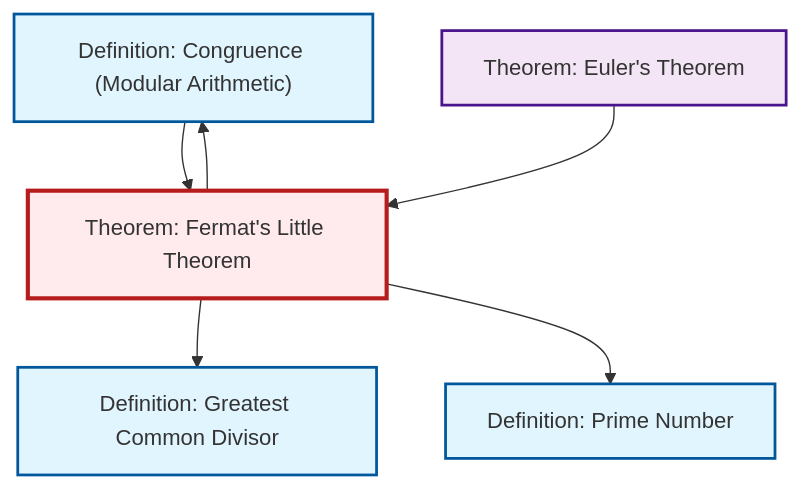
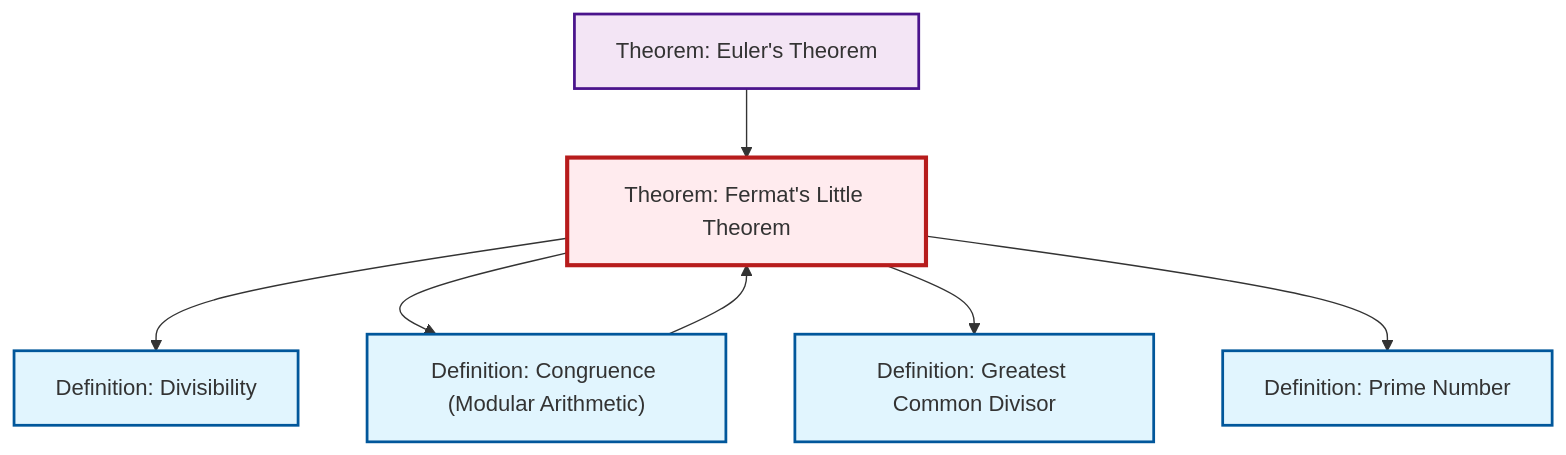
Before and after one commit to RK0429/ModernMath: the diagram in content/ja/number-theory/thm-fermat-little.qmd, drawn with Mermaid. The commit also changed 531 other files, not shown here.

````diff
--- a/content/ja/number-theory/thm-fermat-little.qmd
+++ b/content/ja/number-theory/thm-fermat-little.qmd
@@ -90,24 +90,27 @@
 ```{mermaid}
 %%| fig-cap: "Local dependency graph"
 graph TD
     classDef definition fill:#e1f5fe,stroke:#01579b,stroke-width:2px
     classDef theorem fill:#f3e5f5,stroke:#4a148c,stroke-width:2px
     classDef axiom fill:#fff3e0,stroke:#e65100,stroke-width:2px
     classDef example fill:#e8f5e9,stroke:#1b5e20,stroke-width:2px
     classDef current fill:#ffebee,stroke:#b71c1c,stroke-width:3px
-    def-prime["Definition: Prime Number"]:::definition
-    def-gcd["Definition: Greatest Common Divisor"]:::definition
-    def-congruence["Definition: Congruence (Modular Arithmetic)"]:::definition
+    def-divisibility["Definition: Divisibility"]:::definition
     thm-euler["Theorem: Euler's Theorem"]:::theorem
     thm-fermat-little["Theorem: Fermat's Little Theorem"]:::theorem
+    def-congruence["Definition: Congruence (Modular Arithmetic)"]:::definition
+    def-gcd["Definition: Greatest Common Divisor"]:::definition
+    def-prime["Definition: Prime Number"]:::definition
+    thm-fermat-little --> def-divisibility
+    thm-euler --> thm-fermat-little
     def-congruence --> thm-fermat-little
+    thm-fermat-little --> def-congruence
     thm-fermat-little --> def-gcd
     thm-fermat-little --> def-prime
-    thm-fermat-little --> def-congruence
-    thm-euler --> thm-fermat-little
     class thm-fermat-little current
+    click def-divisibility "def-divisibility.html" "Definition: Divisibilityへ"
+    click thm-euler "thm-euler.html" "Theorem: Euler's Theoremへ"
+    click def-congruence "def-congruence.html" "Definition: Congruence (Modular Arithmetic)へ"
+    click def-gcd "def-gcd.html" "Definition: Greatest Common Divisorへ"
     click def-prime "def-prime.html" "Definition: Prime Numberへ"
-    click def-gcd "def-gcd.html" "Definition: Greatest Common Divisorへ"
-    click def-congruence "def-congruence.html" "Definition: Congruence (Modular Arithmetic)へ"
-    click thm-euler "thm-euler.html" "Theorem: Euler's Theoremへ"
 ```
````
